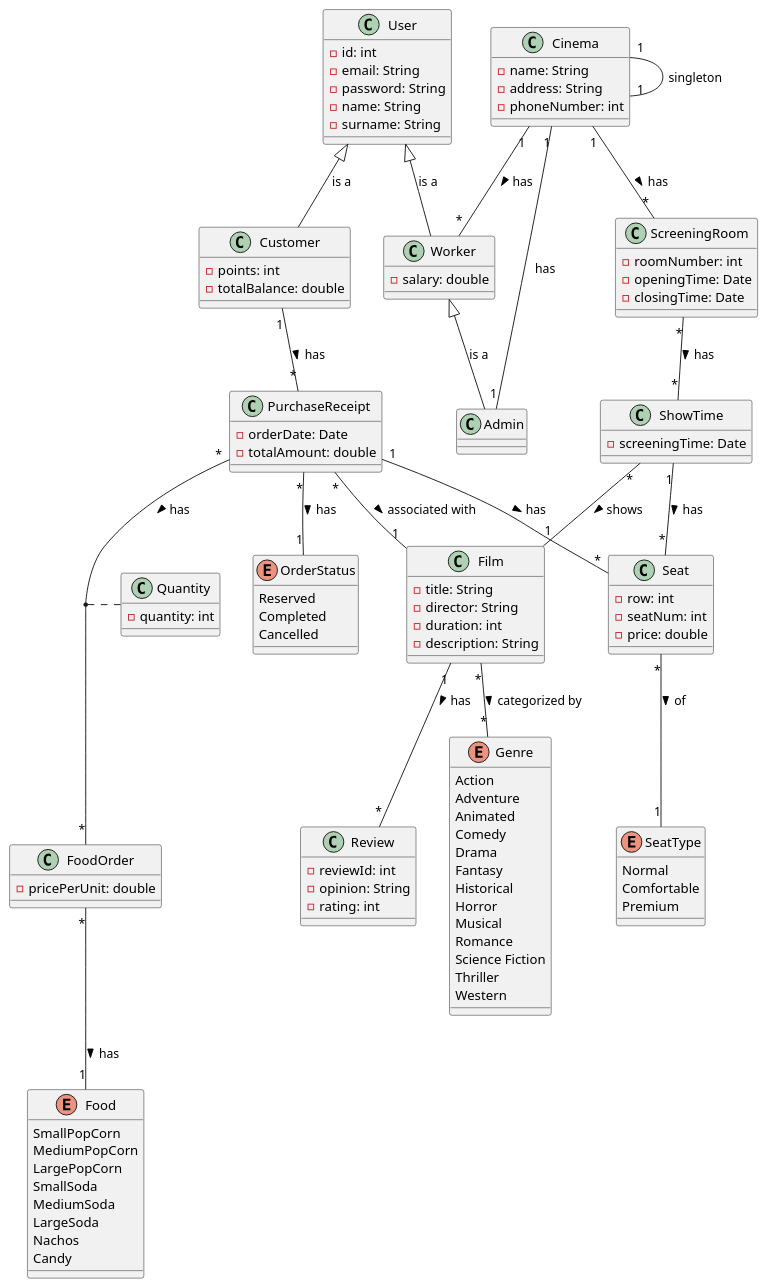
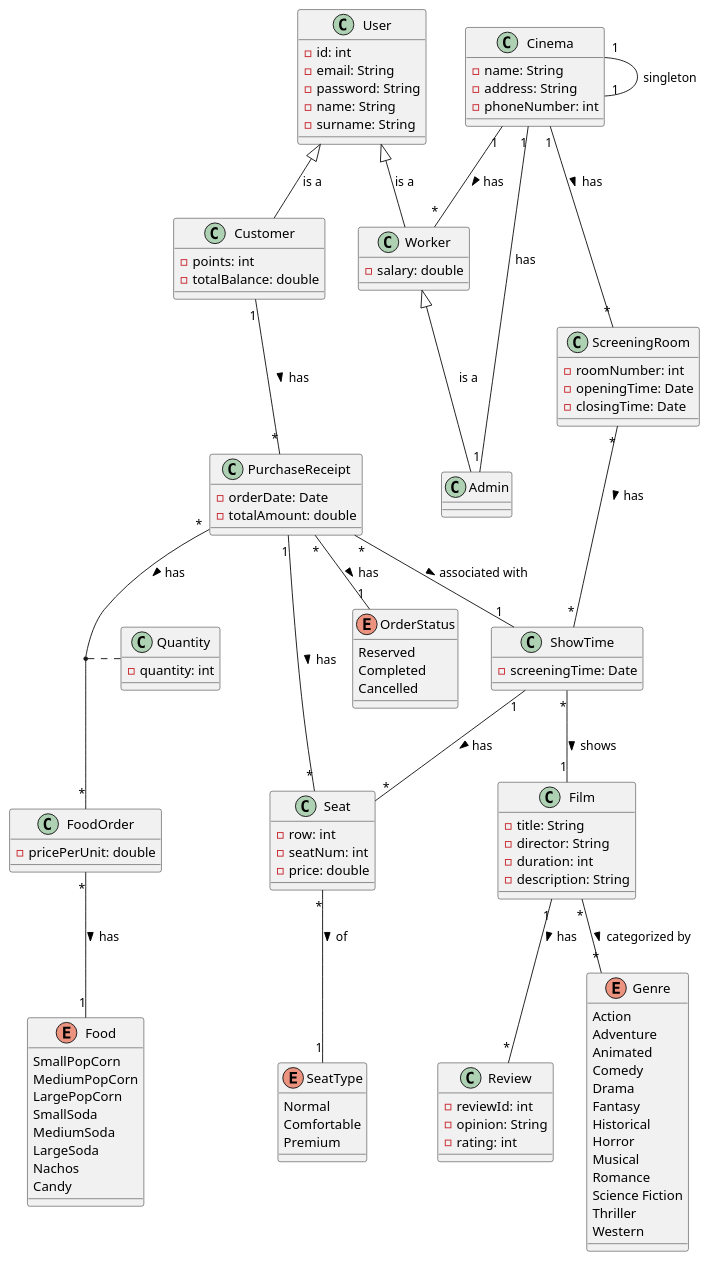
Before and after one commit to BenatErzibengoa/Cinema-app: the diagram in docs/Domain_Model/DomainModel.puml, drawn with PlantUML.

Commit message:
Replaced Film with ShowTime in Film<-->PurchaseReceipt relation

```diff
--- a/docs/Domain_Model/DomainModel.puml
+++ b/docs/Domain_Model/DomainModel.puml
@@ -2,135 +2,135 @@
 @startuml
 class User{
   -id: int
   -email: String
   -password: String
   -name: String
   -surname: String
 
 }
 
 class Customer{
   -points: int
   -totalBalance: double
 }
 
 class Worker{
     -salary: double
 }
 
 class Admin{
 }
 
 class Cinema{
     -name: String
     -address: String
     -phoneNumber: int
 }
 
 class PurchaseReceipt{
   -orderDate: Date
   -totalAmount: double
 }
 
 class FoodOrder{
   -pricePerUnit: double
 }
 
 class ScreeningRoom{
   -roomNumber: int
   -openingTime: Date
   -closingTime: Date
 }
 
 class ShowTime{
   -screeningTime: Date
 }
 
 class Film{
   -title: String
   -director: String
   -duration: int
   -description: String
 }
 
 class Review{
   -reviewId: int
   -opinion: String
   -rating: int
 }
 
 class Seat{
   -row: int
   -seatNum: int
   -price: double
 }
 
 class Quantity{
   -quantity: int
 }
 
 enum Genre{
   Action
   Adventure
   Animated
   Comedy
   Drama
   Fantasy
   Historical
   Horror
   Musical
   Romance
   Science Fiction
   Thriller
   Western
 }
 
 enum OrderStatus{
   Reserved
   Completed
   Cancelled
 }
 
 enum Food{
   SmallPopCorn
   MediumPopCorn
   LargePopCorn
   SmallSoda
   MediumSoda
   LargeSoda
   Nachos
   Candy
 }
 
 enum SeatType{
   Normal
   Comfortable
   Premium
 }
 
 User <|-- Customer: is a
 User <|-- Worker: is a
 Worker<|-- Admin: is a
 
 Customer "1" -- "*" PurchaseReceipt: has >
 Cinema "1" -- "*" ScreeningRoom: has >
 Cinema "1" -- "1" Cinema: singleton
 Cinema "1" -- "1" Admin: has
 Cinema "1" -- "*" Worker: has >
 
 ScreeningRoom "*" -- "*" ShowTime: has >
 ShowTime "1" -- "*" Seat: has >
 
 Seat "*" -- "1" SeatType: of >
 ShowTime "*" -- "1" Film: shows >
 Film "1" -- "*" Review: has >
 Film "*" -- "*" Genre : categorized by >
 
 PurchaseReceipt "1" -- "*" Seat: has >
-PurchaseReceipt "*" -- "1" Film: associated with >
+PurchaseReceipt "*" -- "1" ShowTime: associated with >
 PurchaseReceipt "*" -- "1" OrderStatus : has >
 PurchaseReceipt "*" -- "*" FoodOrder: has >
 
 FoodOrder "*" -- "1" Food: has >
 (PurchaseReceipt, FoodOrder) .. Quantity
 @enduml
```
